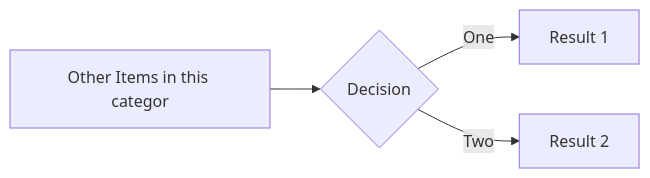
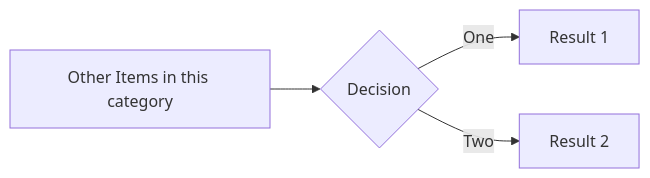
One commit to gerbssusd/dok changed the diagram in slides.md. Above: the diagram before and after it, drawn with Mermaid.

````diff
--- a/slides.md
+++ b/slides.md
@@ -217,6 +217,6 @@
 ```mermaid {theme: 'neutral', scale: 0.8}
 graph LR
-B[Other Items in this categor] --> C{Decision}
+B[Other Items in this category] --> C{Decision}
 C -->|One| D[Result 1]
 C -->|Two| E[Result 2]
 ```
````
